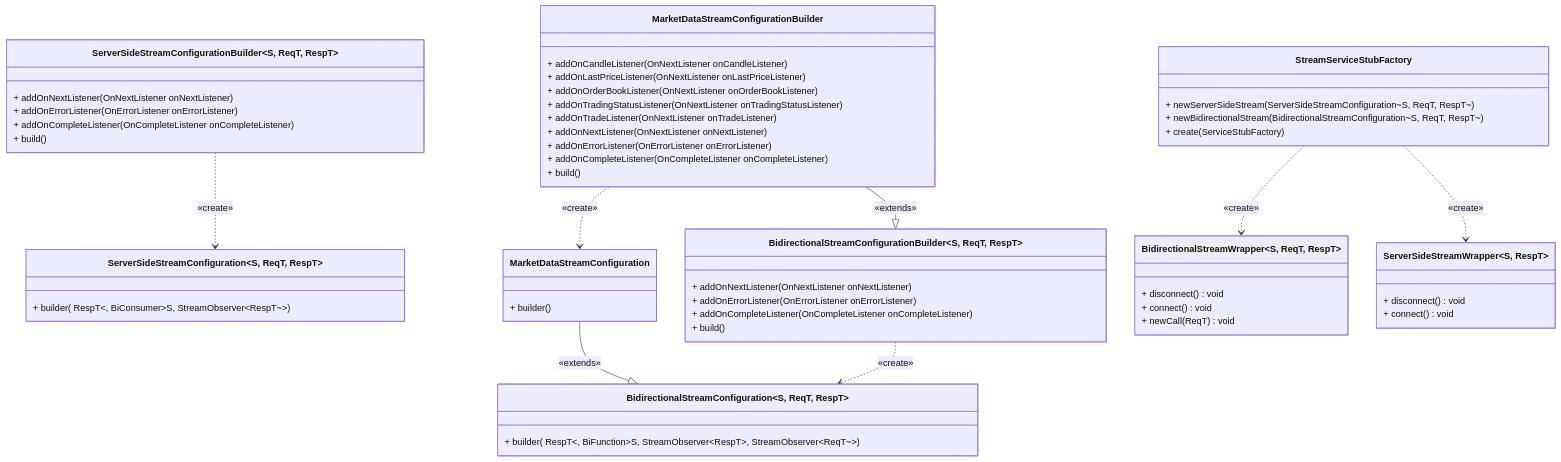
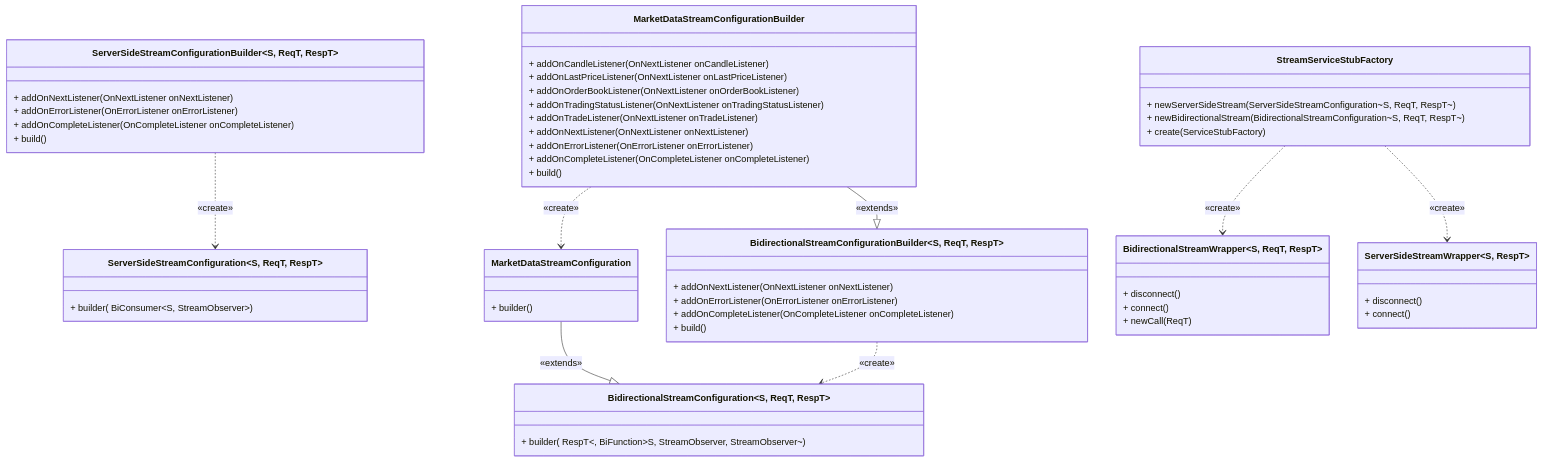
The third of 4 diagrams in core/README.md (RussianInvestments/invest-api-java-sdk), drawn with Mermaid before and after one commit. The commit also changed other lines of this file and 9 other files, not shown here.

````diff
--- a/core/README.md
+++ b/core/README.md
@@ -163,58 +176,58 @@
 ```mermaid
 classDiagram
 direction TB
 class BidirectionalStreamConfiguration~S, ReqT, RespT~ {
-  + builder(Function~Channel, S~, MethodDescriptor~ReqT, RespT~, BiFunction~S, StreamObserver~RespT~, StreamObserver~ReqT~~)
+  + builder(Function~Channel, S~, MethodDescriptor~ReqT, RespT~, BiFunction~S, StreamObserver, StreamObserver~)
 }
 class MarketDataStreamConfiguration {
   + builder()
 }
 class ServerSideStreamConfiguration~S, ReqT, RespT~ {
-  + builder(Function~Channel, S~, MethodDescriptor~ReqT, RespT~, BiConsumer~S, StreamObserver~RespT~~)
+  + builder(Function~Channel, S~, MethodDescriptor~ReqT, RespT~, BiConsumer~S, StreamObserver~)
 }
 class BidirectionalStreamWrapper~S, ReqT, RespT~ {
-  + disconnect() void
-  + connect() void
-  + newCall(ReqT) void
+  + disconnect()
+  + connect()
+  + newCall(ReqT)
 }
 class ServerSideStreamConfigurationBuilder~S, ReqT, RespT~ {
   + addOnNextListener(OnNextListener onNextListener)
   + addOnErrorListener(OnErrorListener onErrorListener)
   + addOnCompleteListener(OnCompleteListener onCompleteListener)
   + build()
 }
 class BidirectionalStreamConfigurationBuilder~S, ReqT, RespT~ {
   + addOnNextListener(OnNextListener onNextListener)
   + addOnErrorListener(OnErrorListener onErrorListener)
   + addOnCompleteListener(OnCompleteListener onCompleteListener)
   + build()
 }
 class MarketDataStreamConfigurationBuilder {
   + addOnCandleListener(OnNextListener onCandleListener)
   + addOnLastPriceListener(OnNextListener onLastPriceListener)
   + addOnOrderBookListener(OnNextListener onOrderBookListener)
   + addOnTradingStatusListener(OnNextListener onTradingStatusListener)
   + addOnTradeListener(OnNextListener onTradeListener)
   + addOnNextListener(OnNextListener onNextListener)
   + addOnErrorListener(OnErrorListener onErrorListener)
   + addOnCompleteListener(OnCompleteListener onCompleteListener)
   + build()
 }
 class ServerSideStreamWrapper~S, RespT~ {
-  + disconnect() void
-  + connect() void
+  + disconnect()
+  + connect()
 }
 class StreamServiceStubFactory {
   + newServerSideStream(ServerSideStreamConfiguration~S, ReqT, RespT~)
   + newBidirectionalStream(BidirectionalStreamConfiguration~S, ReqT, RespT~)
   + create(ServiceStubFactory)
 }
 
 BidirectionalStreamConfigurationBuilder ..> BidirectionalStreamConfiguration : «create»
 MarketDataStreamConfigurationBuilder ..> MarketDataStreamConfiguration : «create»
 ServerSideStreamConfigurationBuilder ..> ServerSideStreamConfiguration: «create»
 MarketDataStreamConfigurationBuilder --|> BidirectionalStreamConfigurationBuilder : «extends»
 MarketDataStreamConfiguration --|> BidirectionalStreamConfiguration: «extends»
 StreamServiceStubFactory ..> BidirectionalStreamWrapper : «create»
 StreamServiceStubFactory ..> ServerSideStreamWrapper : «create»
 ```
````
